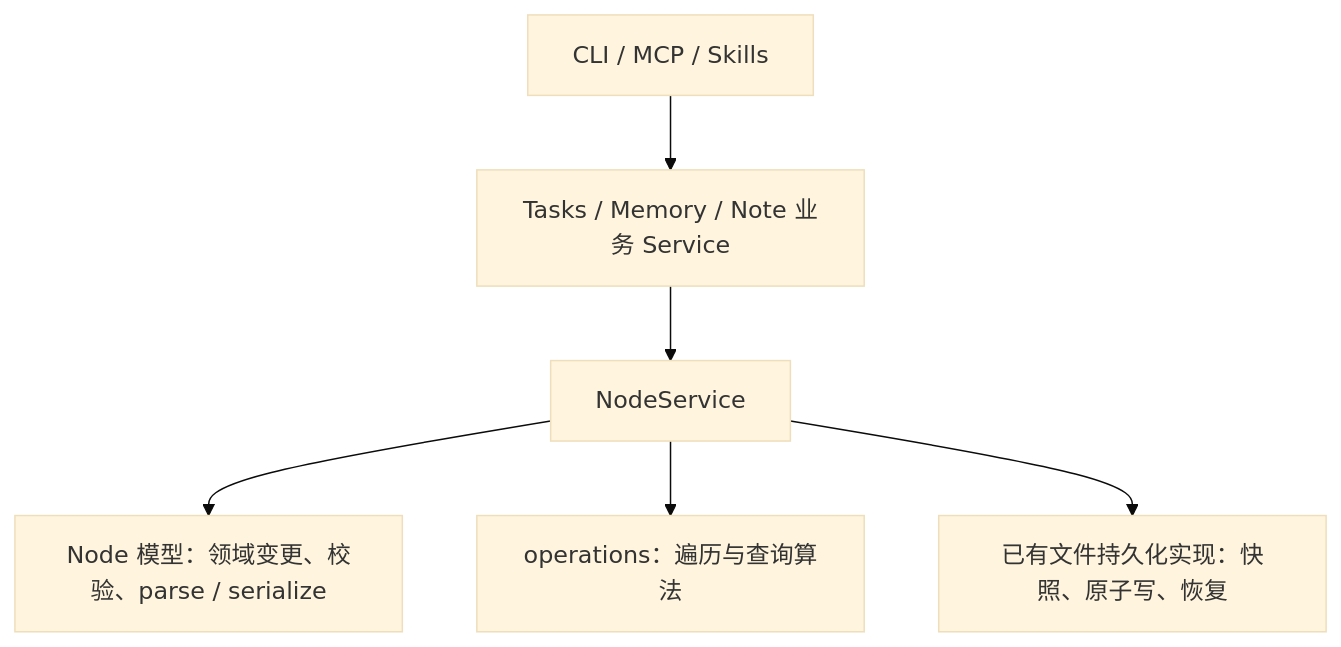
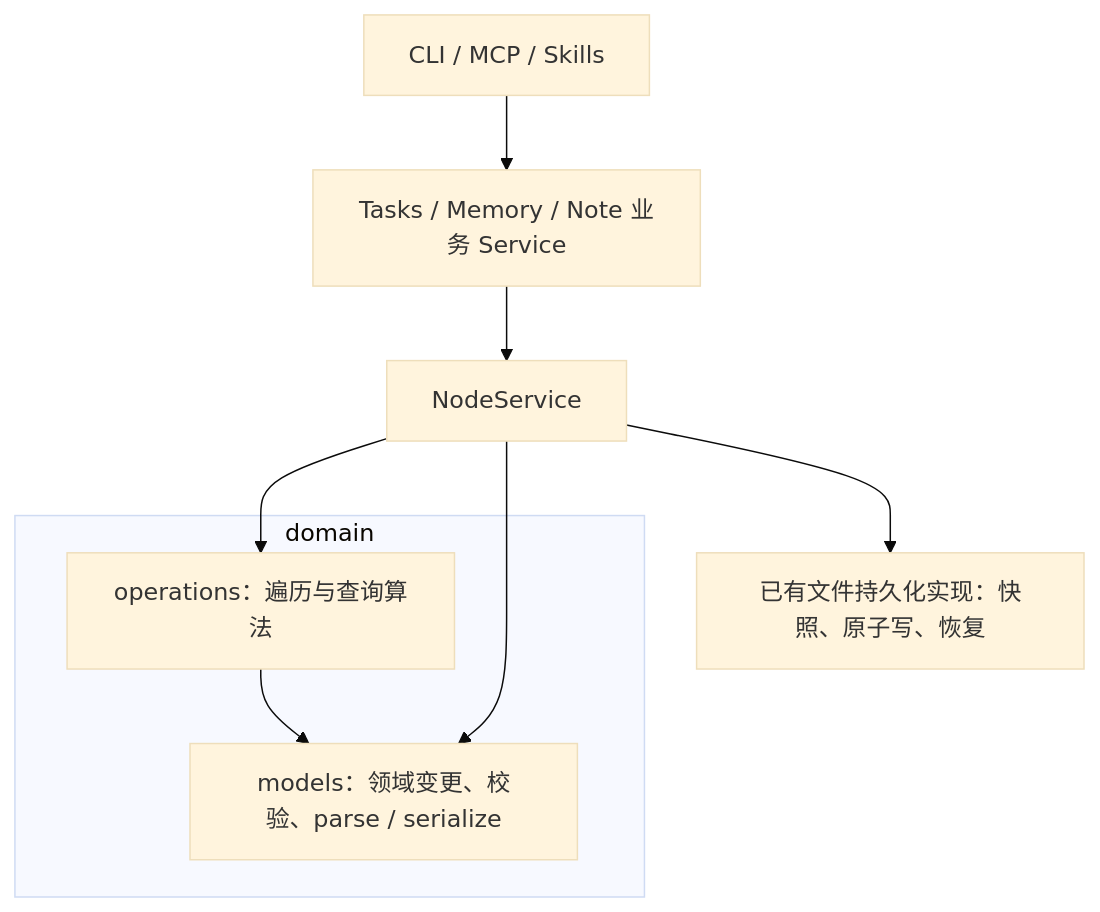
One commit to VirusPC/edges changed the diagram in docs/superpowers/specs/2026-10-06-shared-node-capabilities.md. Above: the diagram before and after it, drawn with Mermaid (base theme). The commit also changed other lines of this file and 3 other files, not shown here.

Commit message:
docs: plan domain grouping for models and operations

````diff
--- a/docs/superpowers/specs/2026-10-06-shared-node-capabilities.md
+++ b/docs/superpowers/specs/2026-10-06-shared-node-capabilities.md
@@ -13,8 +13,12 @@
 ```mermaid
 flowchart TD
     CLI[CLI / MCP / Skills] --> Business[Tasks / Memory / Note 业务 Service]
     Business --> Nodes[NodeService]
-    Nodes --> Models[Node 模型：领域变更、校验、parse / serialize]
-    Nodes --> Operations[operations：遍历与查询算法]
+    subgraph Domain[domain]
+      Models[models：领域变更、校验、parse / serialize]
+      Operations[operations：遍历与查询算法] --> Models
+    end
+    Nodes --> Models
+    Nodes --> Operations
     Nodes --> Files[已有文件持久化实现：快照、原子写、恢复]
 ```
````
